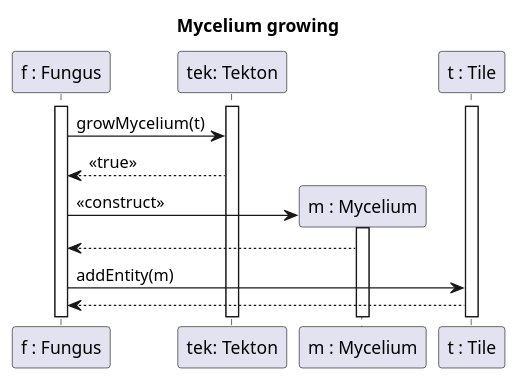
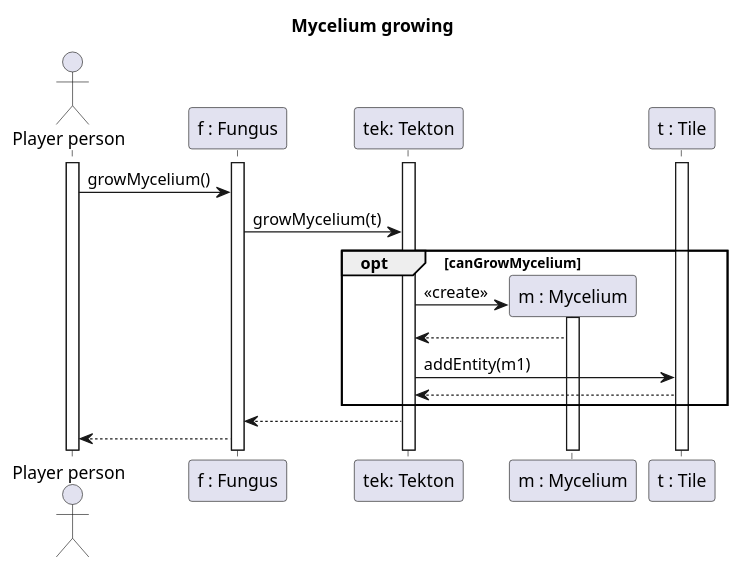
The diagram in diagrams/diagramFiles/SQ_MyceliumGrowth.puml (Harcipan/Projlab_nullpointerexception), drawn with PlantUML before and after one commit. The commit also changed 10 other files, not shown here.

```diff
--- a/diagrams/diagramFiles/SQ_MyceliumGrowth.puml
+++ b/diagrams/diagramFiles/SQ_MyceliumGrowth.puml
@@ -1,25 +1,32 @@
 @startuml Mycelium growth
 
 title Mycelium growing
 
+actor "Player person" as Ac
 participant "f : Fungus" as F
 participant "tek: Tekton" as Tek
 participant "m : Mycelium" as M
 participant "t : Tile" as T
 
+activate Ac
 activate F
 activate T
 activate Tek
 
+Ac -> F : growMycelium()
 
 F->Tek : growMycelium(t)
-Tek --> F : <<true>>
-F -> M ** : <<construct>>
+opt canGrowMycelium
+Tek -> M ** : <<create>>
 activate M
-M --> F
-F -> T : addEntity(m)
-T-->F
+M --> Tek
+Tek -> T : addEntity(m1)
+T-->Tek
+end
+Tek-->F
+
+F --> Ac
 
 
 
 @enduml
```
